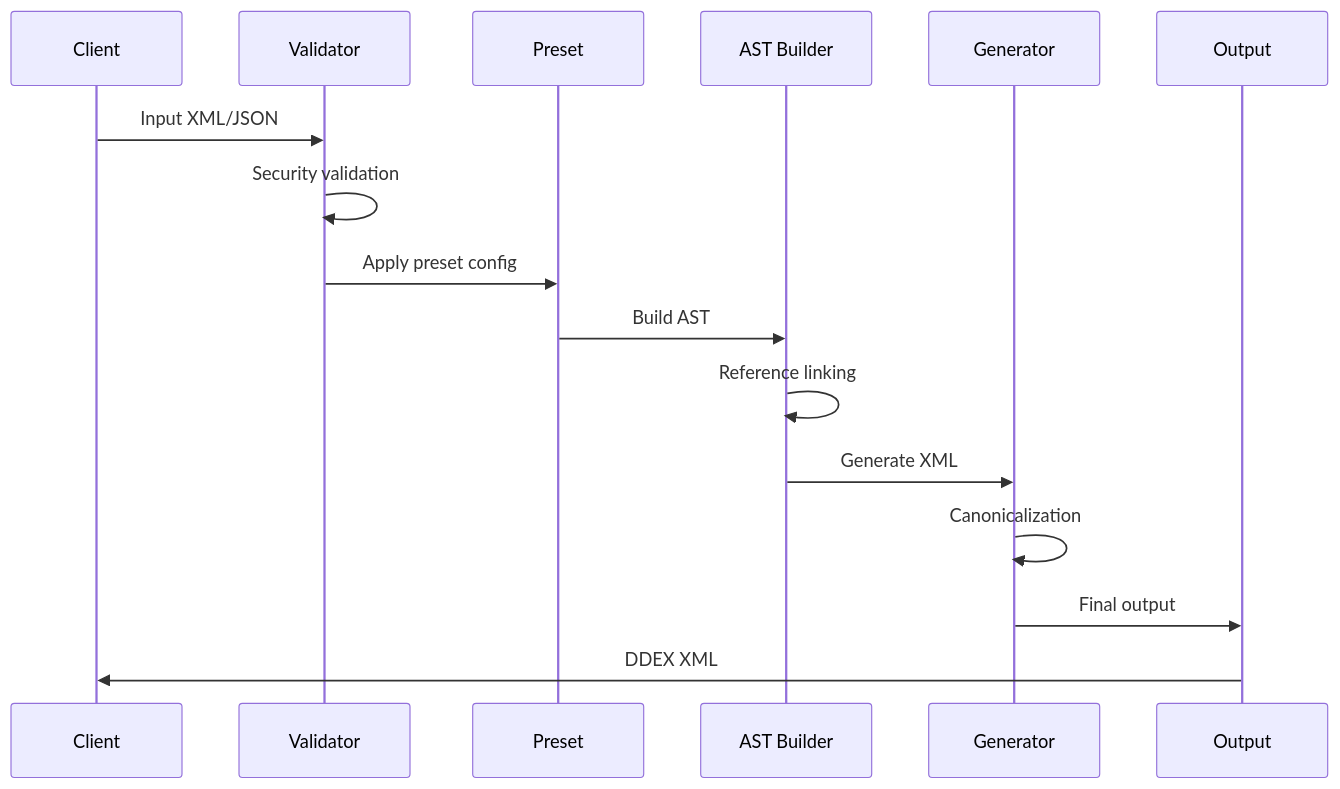
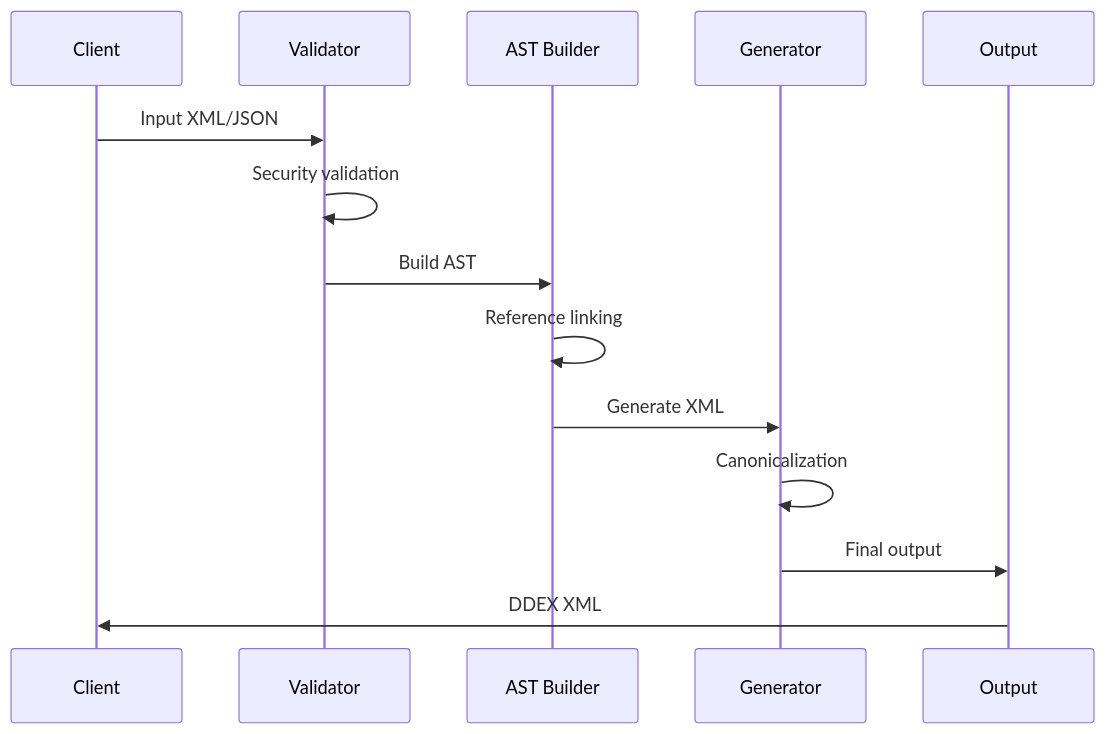
Before and after one commit to daddykev/ddex-suite: the second of 2 diagrams in docs/developer-guide.md, drawn with Mermaid. The commit also changed other lines of this file and 38 other files, not shown here.

````diff
--- a/docs/developer-guide.md
+++ b/docs/developer-guide.md
@@ -64,19 +63,17 @@
 ```mermaid
 sequenceDiagram
     participant C as Client
     participant V as Validator
-    participant P as Preset
     participant A as AST Builder
     participant G as Generator
     participant O as Output
     
     C->>V: Input XML/JSON
     V->>V: Security validation
-    V->>P: Apply preset config
-    P->>A: Build AST
+    V->>A: Build AST
     A->>A: Reference linking
     A->>G: Generate XML
     G->>G: Canonicalization
     G->>O: Final output
     O->>C: DDEX XML
 ```
````
